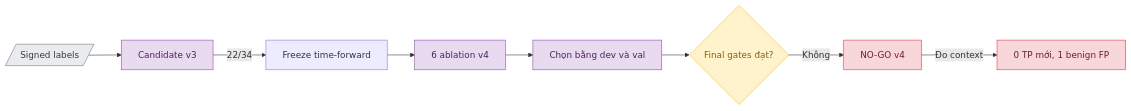
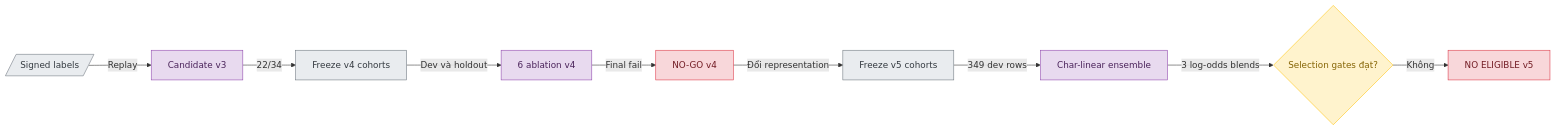
One commit to vmcchooky/safe-zone changed the diagram in docs/research/ml/representative-false-negative-analysis.md. Above: the diagram before and after it, drawn with Mermaid. The commit also changed other lines of this file and 3 other files, not shown here.

Commit message:
ml(v5): evaluate char-linear ensemble

````diff
--- a/docs/research/ml/representative-false-negative-analysis.md
+++ b/docs/research/ml/representative-false-negative-analysis.md
@@ -12,19 +12,20 @@
 ```mermaid
 flowchart LR
-    A[/Signed labels/] --> B[Candidate v3]
-    B -->|22/34| C[Freeze time-forward]
-    C --> D[6 ablation v4]
-    D --> E[Chọn bằng dev và val]
-    E --> F{Final gates đạt?}
-    F -->|Không| G[NO-GO v4]
-    G -->|Đo context| H[0 TP mới, 1 benign FP]
+    A[/Signed labels/] -->|Replay| B[Candidate v3]
+    B -->|22/34| C[Freeze v4 cohorts]
+    C -->|Dev và holdout| D[6 ablation v4]
+    D -->|Final fail| E[NO-GO v4]
+    E -->|Đổi representation| F[Freeze v5 cohorts]
+    F -->|349 dev rows| G[Char-linear ensemble]
+    G -->|3 log-odds blends| H{Selection gates đạt?}
+    H -->|Không| I[NO ELIGIBLE v5]
 
     classDef input fill:#E9ECEF,stroke:#6C757D,color:#343A40
     classDef ai fill:#E8DAEF,stroke:#8E44AD,color:#4A235A
     classDef decision fill:#FFF3CD,stroke:#FFC107,color:#856404
     classDef blocked fill:#F8D7DA,stroke:#DC3545,color:#721C24
-    class A input
-    class B,D,E ai
-    class F decision
-    class G,H blocked
+    class A,C,F input
+    class B,D,G ai
+    class H decision
+    class E,I blocked
 ```
````
